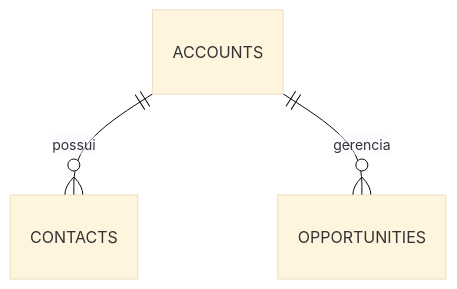
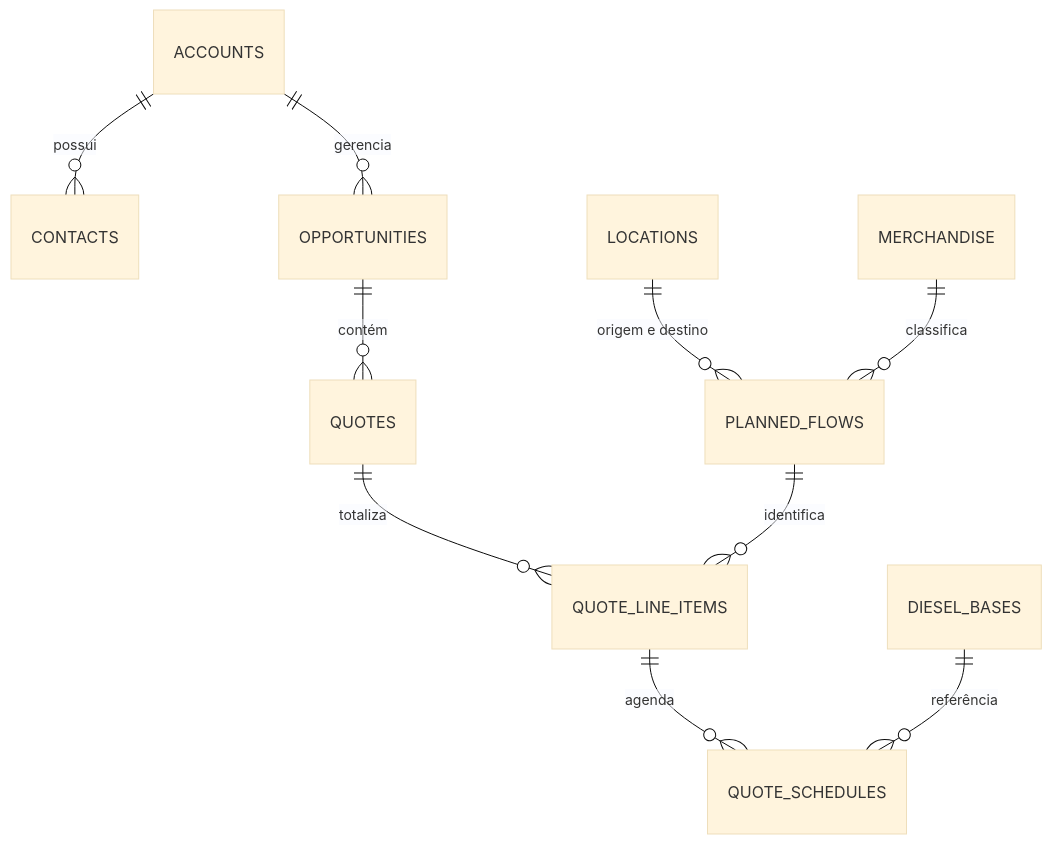
The diagram in README.md (kiltonfernandes/vli-sf-playground), drawn with Mermaid (base theme) before and after one commit. The commit also changed other lines of this file and 32 other files, not shown here.

````diff
--- a/README.md
+++ b/README.md
@@ -50,5 +75,12 @@
 ```mermaid
 erDiagram
     ACCOUNTS ||--o{ CONTACTS : "possui"
     ACCOUNTS ||--o{ OPPORTUNITIES : "gerencia"
+    OPPORTUNITIES ||--o{ QUOTES : "contém"
+    QUOTES ||--o{ QUOTE_LINE_ITEMS : "totaliza"
+    PLANNED_FLOWS ||--o{ QUOTE_LINE_ITEMS : "identifica"
+    QUOTE_LINE_ITEMS ||--o{ QUOTE_SCHEDULES : "agenda"
+    LOCATIONS ||--o{ PLANNED_FLOWS : "origem e destino"
+    MERCHANDISE ||--o{ PLANNED_FLOWS : "classifica"
+    DIESEL_BASES ||--o{ QUOTE_SCHEDULES : "referência"
 ```
````
